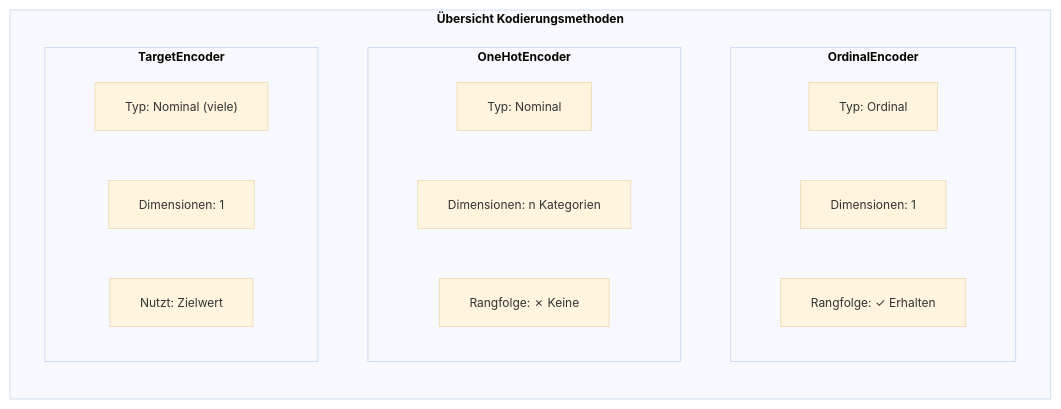
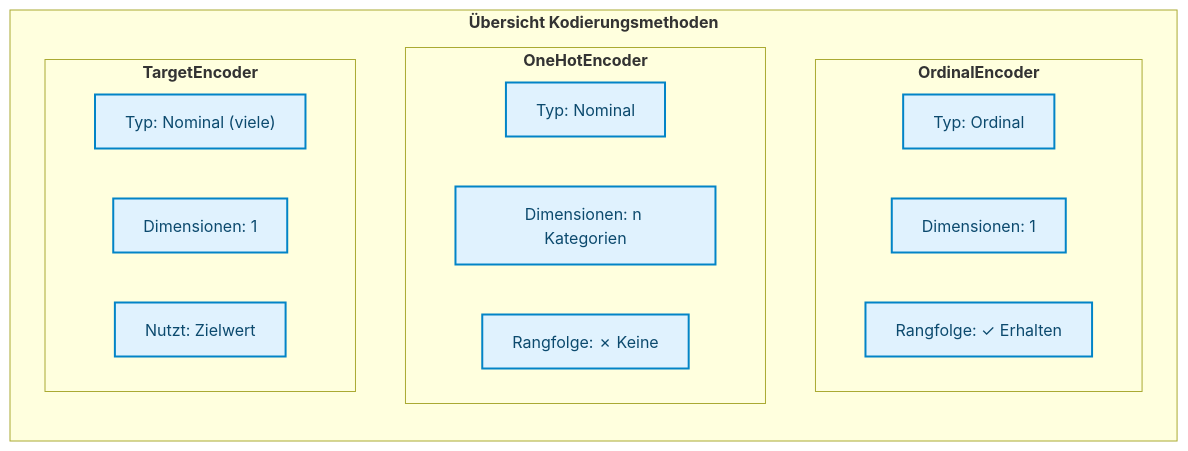
The sixth of 6 diagrams in docs/concepts/prepare/kodierung_kategorialer_daten.md (ralf-42/ML_Intro), drawn with Mermaid before and after one commit. The commit also changed other lines of this file and 49 other files, not shown here.

````diff
--- a/docs/concepts/prepare/kodierung_kategorialer_daten.md
+++ b/docs/concepts/prepare/kodierung_kategorialer_daten.md
@@ -315,25 +328,26 @@
 ```mermaid
-%%{init: {'theme': 'base', 'themeVariables': {'fontSize': '12px'}}}%%
 flowchart TB
     subgraph Vergleich["<b>Übersicht Kodierungsmethoden"]
         direction TB
         
         subgraph OE["<b>OrdinalEncoder"]
             OE_T["Typ: Ordinal"]
             OE_D["Dimensionen: 1"]
             OE_R["Rangfolge: ✓ Erhalten"]
         end
         
         subgraph OH["<b>OneHotEncoder"]
             OH_T["Typ: Nominal"]
             OH_D["Dimensionen: n Kategorien"]
             OH_R["Rangfolge: ✗ Keine"]
         end
         
         subgraph TE["<b>TargetEncoder"]
             TE_T["Typ: Nominal (viele)"]
             TE_D["Dimensionen: 1"]
             TE_R["Nutzt: Zielwert"]
         end
     end
+
+    classDef default fill:#e0f2fe,stroke:#0284c7,stroke-width:2px,color:#0c4a6e;
 ```
````
